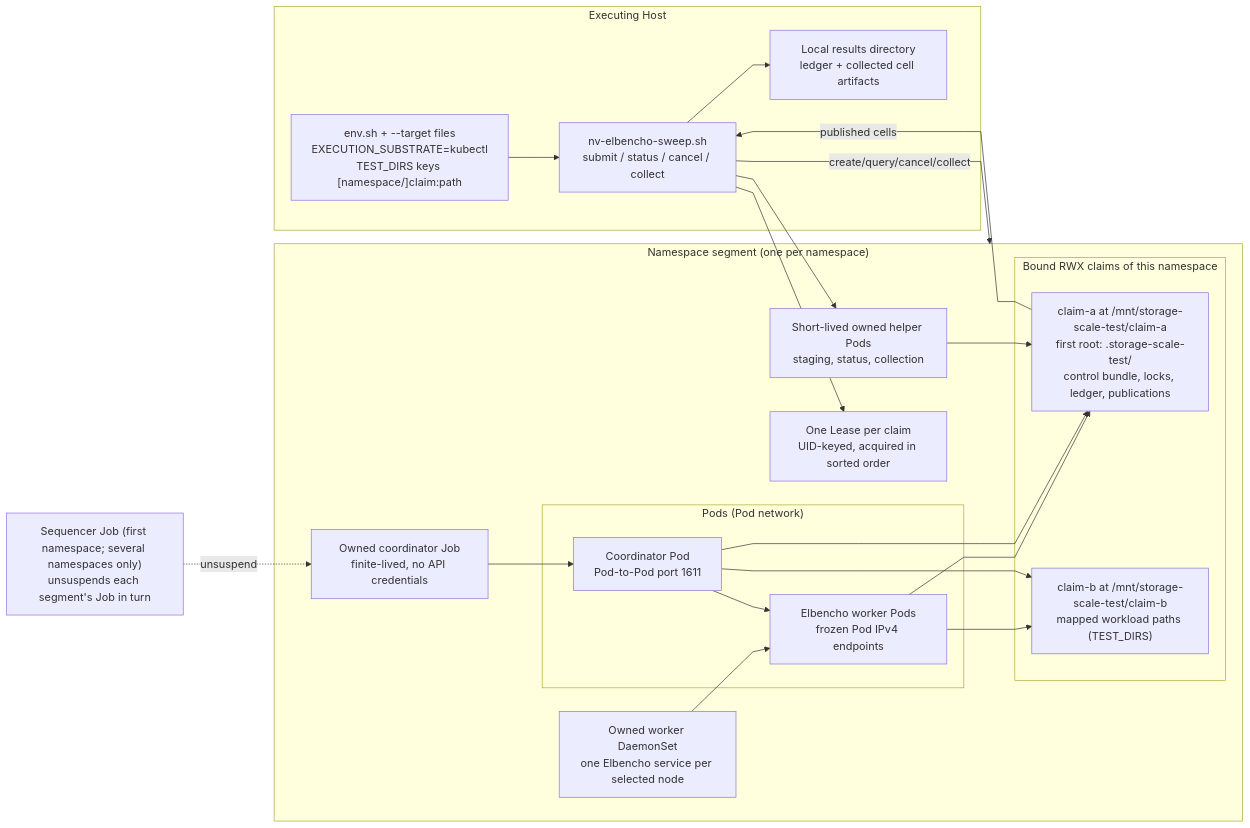
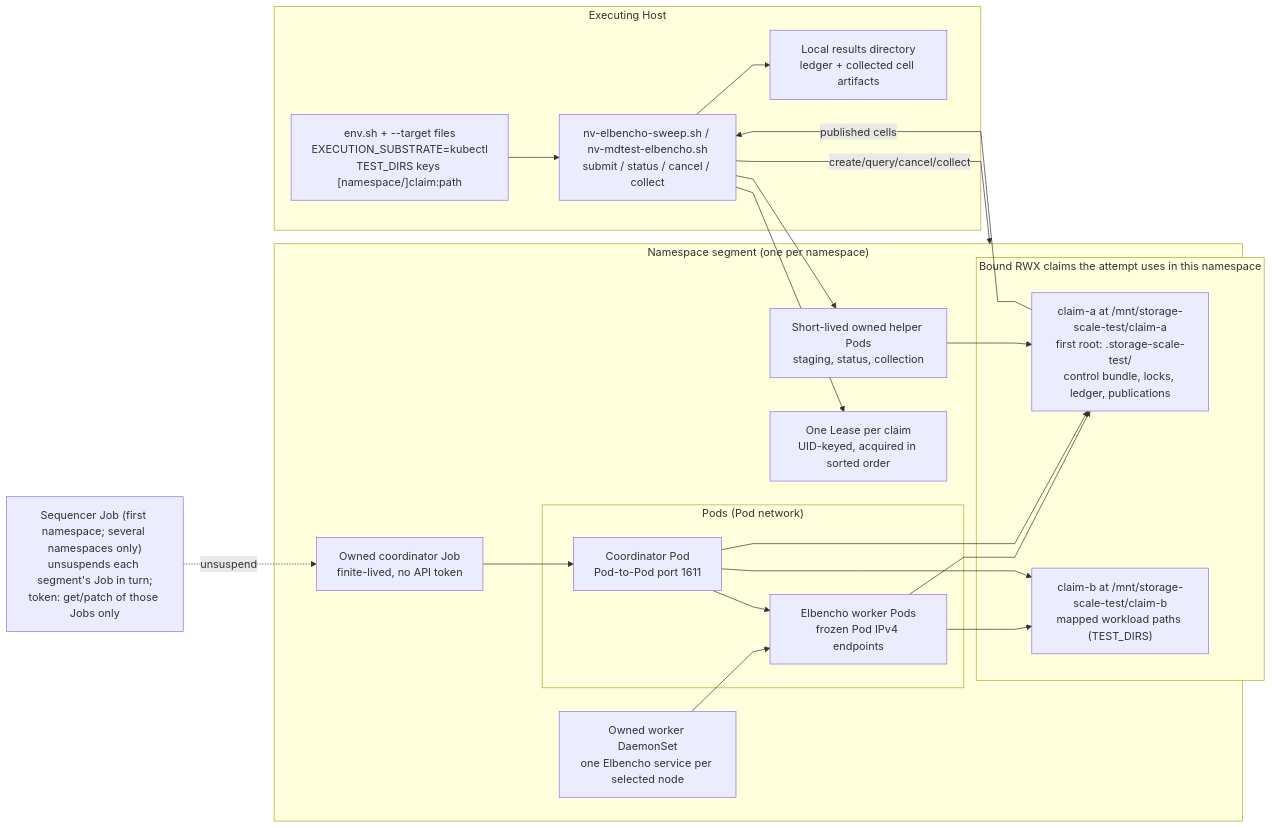
Before and after one commit to NVIDIA/storage-scale-test: the third of 3 diagrams in docs/ARCHITECTURE_DIAGRAMS.md, drawn with Mermaid. The commit also changed other lines of this file and 55 other files, not shown here.

````diff
--- a/docs/ARCHITECTURE_DIAGRAMS.md
+++ b/docs/ARCHITECTURE_DIAGRAMS.md
@@ -198,44 +203,44 @@
 ```mermaid
 %%{init: {"flowchart": {"curve": "linear"}}}%%
 flowchart LR
   %% Kubernetes mode: submit quickly, then observe or collect asynchronously.
   %% One segment per namespace; the sequencer exists only across namespaces.
 
   subgraph HOST["Executing Host"]
     ENV["env.sh + --target files<br/>EXECUTION_SUBSTRATE=kubectl<br/>TEST_DIRS keys [namespace/]claim:path"]
-    CLI["nv-elbencho-sweep.sh<br/>submit / status / cancel / collect"]
+    CLI["nv-elbencho-sweep.sh / nv-mdtest-elbencho.sh<br/>submit / status / cancel / collect"]
     RESULTS["Local results directory<br/>ledger + collected cell artifacts"]
   end
 
   subgraph SEG["Namespace segment (one per namespace)"]
     LEASE["One Lease per claim<br/>UID-keyed, acquired in sorted order"]
     DS["Owned worker DaemonSet<br/>one Elbencho service per selected node"]
-    JOB["Owned coordinator Job<br/>finite-lived, no API credentials"]
+    JOB["Owned coordinator Job<br/>finite-lived, no API token"]
     HELP["Short-lived owned helper Pods<br/>staging, status, collection"]
     subgraph PODS["Pods (Pod network)"]
       W["Elbencho worker Pods<br/>frozen Pod IPv4 endpoints"]
       C["Coordinator Pod<br/>Pod-to-Pod port 1611"]
     end
-    subgraph CLAIMS["Bound RWX claims of this namespace"]
+    subgraph CLAIMS["Bound RWX claims the attempt uses in this namespace"]
       CA["claim-a at /mnt/storage-scale-test/claim-a<br/>first root: .storage-scale-test/<br/>control bundle, locks, ledger, publications"]
       CB["claim-b at /mnt/storage-scale-test/claim-b<br/>mapped workload paths (TEST_DIRS)"]
     end
   end
 
-  SEQ["Sequencer Job (first namespace; several namespaces only)<br/>unsuspends each segment's Job in turn"]
+  SEQ["Sequencer Job (first namespace; several namespaces only)<br/>unsuspends each segment's Job in turn;<br/>token: get/patch of those Jobs only"]
 
   ENV --> CLI
   CLI -- "create/query/cancel/collect" --> SEG
   CLI --> LEASE
   CLI --> HELP
   DS --> W
   JOB --> C
   C --> W
   W --> CA
   W --> CB
   C --> CA
   C --> CB
   HELP --> CA
   SEQ -. "unsuspend" .-> JOB
   CA -- "published cells" --> CLI --> RESULTS
 ```
````
